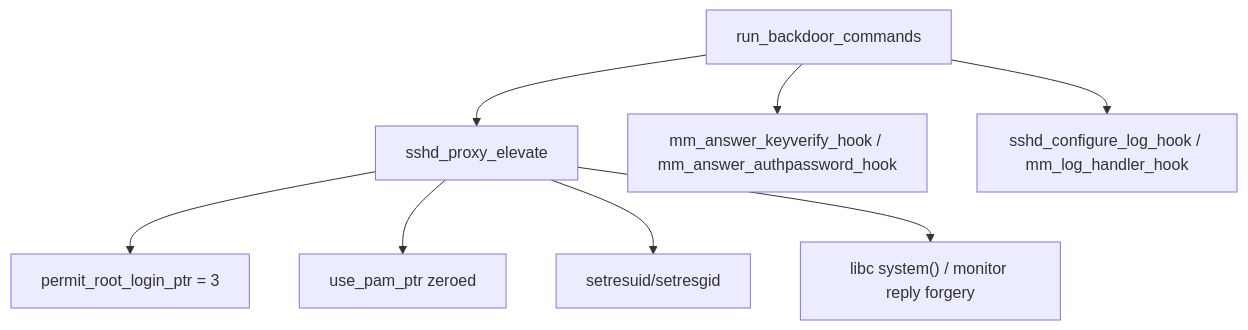
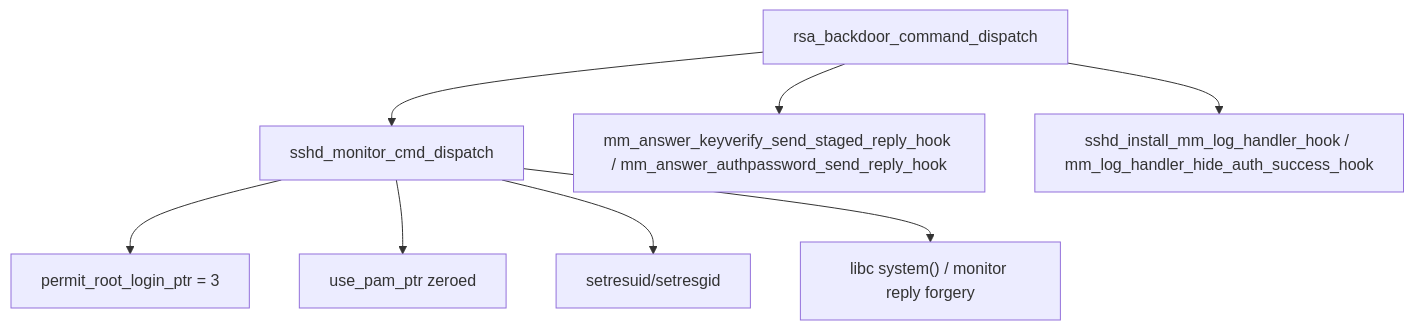
The fifth of 10 diagrams in docs/backdoor_functionality.md (vanbako/xzre-ghidra), drawn with Mermaid before and after one commit. The commit also changed other lines of this file and 17 other files, not shown here.

````diff
--- a/docs/backdoor_functionality.md
+++ b/docs/backdoor_functionality.md
@@ -158,19 +158,19 @@
 ```mermaid
 flowchart TD
-    run_cmds["run_backdoor_commands"]
-    elevate["sshd_proxy_elevate"]
-    authhooks["mm_answer_keyverify_hook / mm_answer_authpassword_hook"]
-    loghook["sshd_configure_log_hook / mm_log_handler_hook"]
+    run_cmds["rsa_backdoor_command_dispatch"]
+    elevate["sshd_monitor_cmd_dispatch"]
+    authhooks["mm_answer_keyverify_send_staged_reply_hook / mm_answer_authpassword_send_reply_hook"]
+    loghook["sshd_install_mm_log_handler_hook / mm_log_handler_hide_auth_success_hook"]
     pam["use_pam_ptr zeroed"]
     permitroot["permit_root_login_ptr = 3"]
     setids["setresuid/setresgid"]
     system["libc system() / monitor reply forgery"]
 
     run_cmds --> elevate
     elevate --> permitroot
     elevate --> pam
     elevate --> setids
     elevate --> system
     run_cmds --> authhooks
     run_cmds --> loghook
 ```
````
